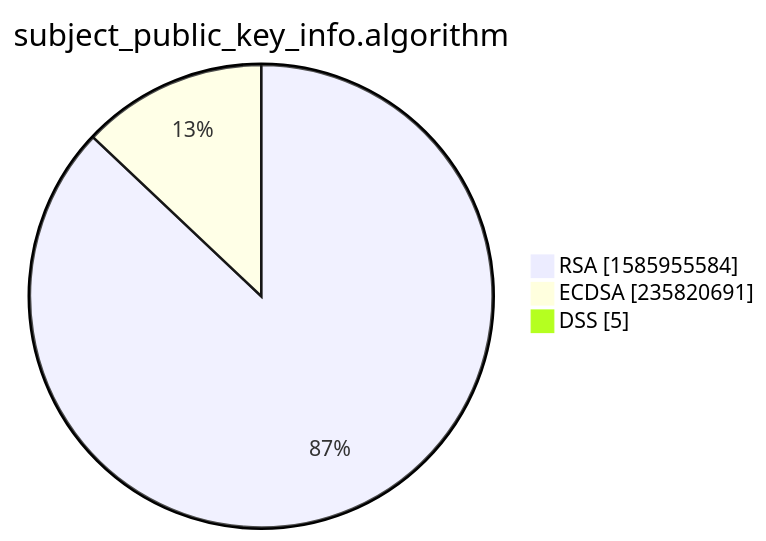
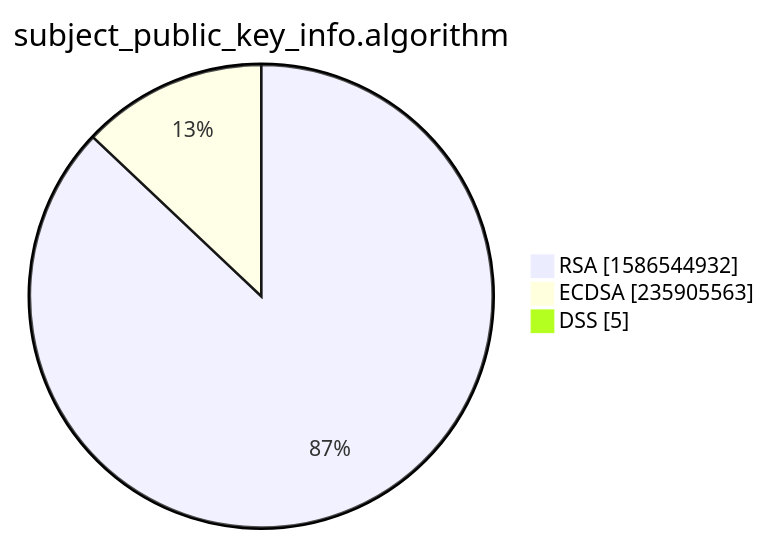
Before and after one commit to christiankrug/ctmonitor_visualization: the third of 15 diagrams in xenon2022/README.md, drawn with Mermaid. The commit also changed other lines of this file, not shown here.

````diff
--- a/xenon2022/README.md
+++ b/xenon2022/README.md
@@ -14,7 +14,7 @@
 ```mermaid
 pie showData
 title subject_public_key_info.algorithm
-"RSA" :1585955584
-"ECDSA" :235820691
+"RSA" :1586544932
+"ECDSA" :235905563
 "DSS" :5
 ```
````
